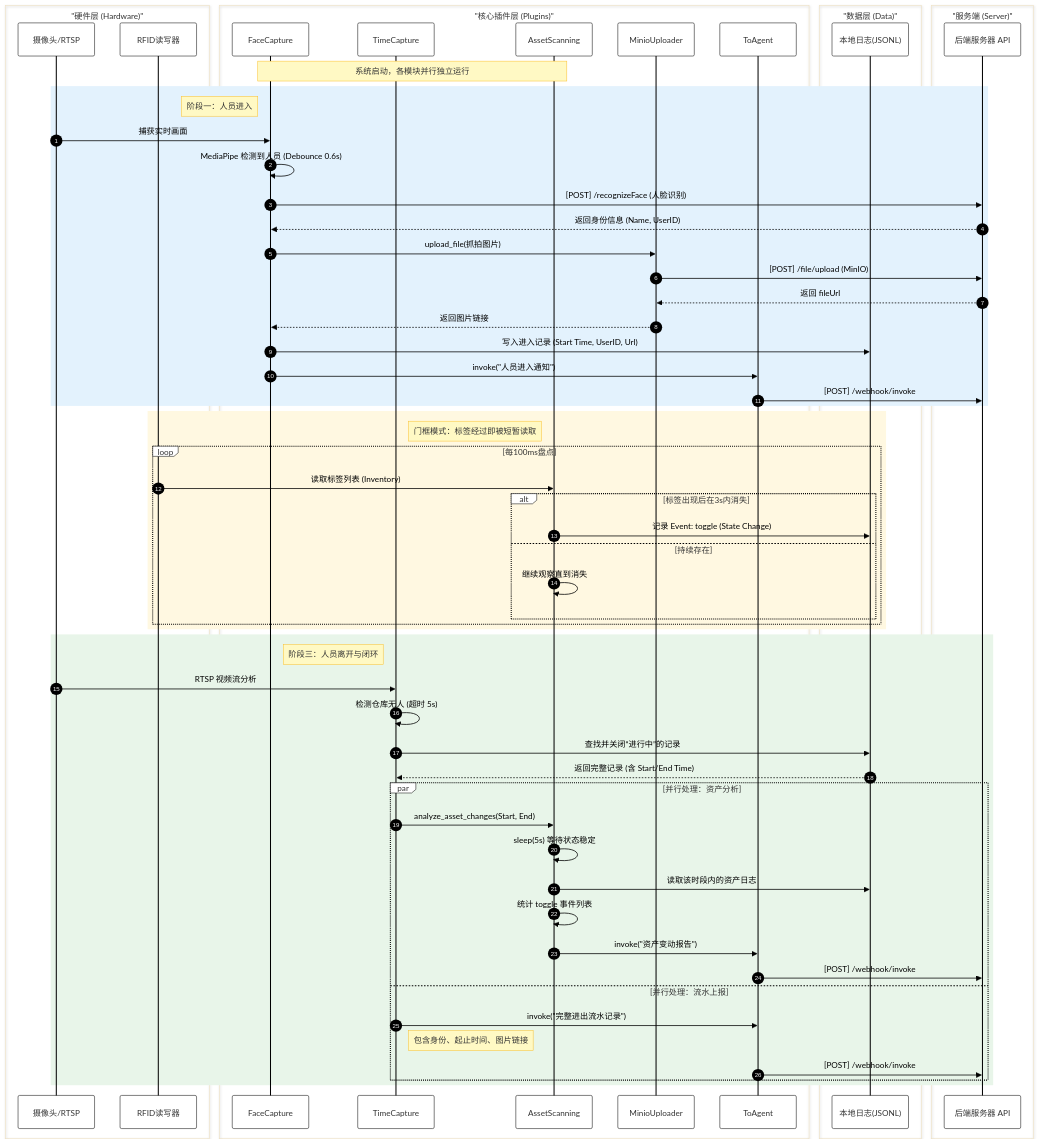
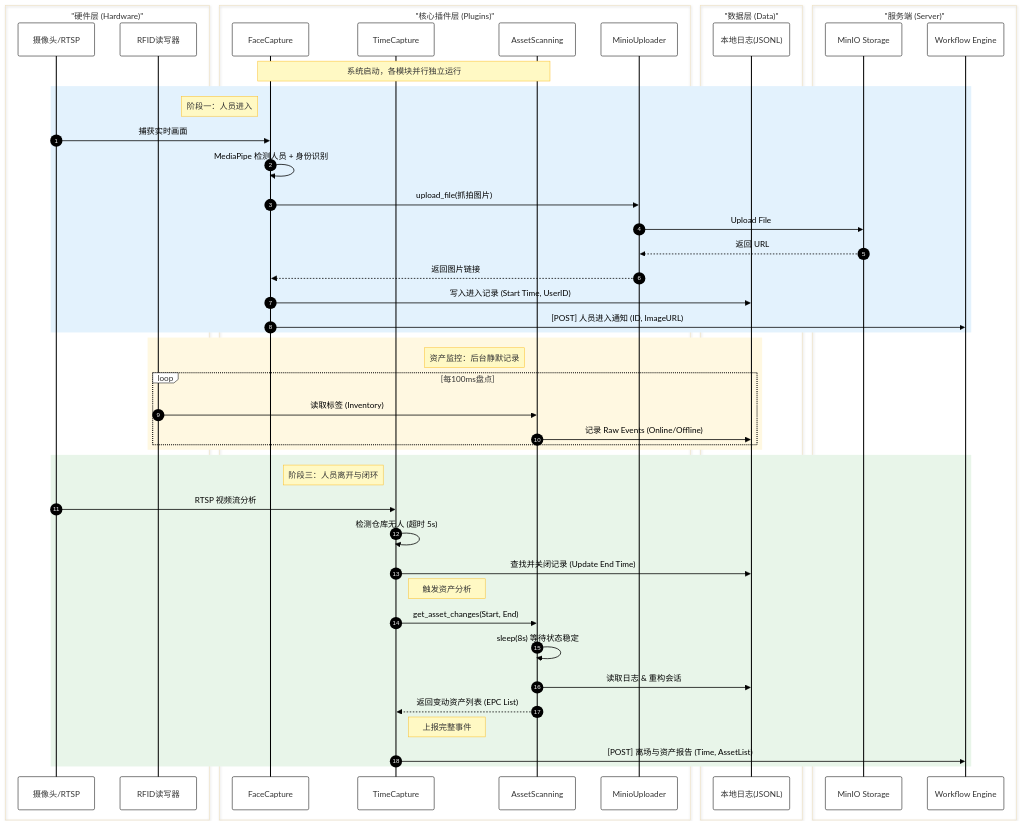
One commit to BorderArea01/warehouse changed the second of 2 diagrams in README.md. Above: the diagram before and after it, drawn with Mermaid. The commit also changed other lines of this file and 1 other file, not shown here.

Commit message:
docs: 更新系统架构图与序列图以反映实际实现
- 将树莓派 Pi 5 替换为通用小型PC
- 移除后端API网关与数据库组件，明确使用外部工作流引擎（AWIN平台）
- 更新序列图，移除冗余的Agent代理层，直接调用工作流引擎
- 简化资产监控逻辑描述，从“门框切换”模式改为后台静默记录
- 调整离场处理流程，直接上报资产变动列表至工作流引擎

````diff
--- a/README.md
+++ b/README.md
@@ -101,7 +99,6 @@
         participant Time as TimeCapture
         participant Asset as AssetScanning
         participant Up as MinioUploader
-        participant Agent as ToAgent
     end
 
     box "数据层 (Data)" #FFF3E0
@@ -109,7 +106,8 @@
     end
 
     box "服务端 (Server)" #E8F5E9
-        participant Server as 后端服务器 API
+        participant MinIO as MinIO Storage
+        participant WF as Workflow Engine
     end
 
     Note over Face, Asset: 系统启动，各模块并行独立运行
@@ -120,33 +118,25 @@
     rect rgb(227, 242, 253)
         Note left of Face: 阶段一：人员进入
         Cam->>Face: 捕获实时画面
-        Face->>Face: MediaPipe 检测到人员 (Debounce 0.6s)
+        Face->>Face: MediaPipe 检测人员 + 身份识别
         
-        Face->>Server: [POST] /recognizeFace (人脸识别)
-        Server-->>Face: 返回身份信息 (Name, UserID)
-
         Face->>Up: upload_file(抓拍图片)
-        Up->>Server: [POST] /file/upload (MinIO)
-        Server-->>Up: 返回 fileUrl
+        Up->>MinIO: Upload File
+        MinIO-->>Up: 返回 URL
         Up-->>Face: 返回图片链接
 
-        Face->>Local: 写入进入记录 (Start Time, UserID, Url)
-        Face->>Agent: invoke("人员进入通知")
-        Agent->>Server: [POST] /webhook/invoke
+        Face->>Local: 写入进入记录 (Start Time, UserID)
+        Face->>WF: [POST] 人员进入通知 (ID, ImageURL)
     end
 
     %% ============================================================
-    %% 阶段二：资产监控 (Doorframe Toggle)
+    %% 阶段二：资产监控 (Passive)
     %% ============================================================
     rect rgb(255, 248, 225)
-        Note left of Asset: 门框模式：标签经过即被短暂读取
+        Note left of Asset: 资产监控：后台静默记录
         loop 每100ms盘点
-            RFID->>Asset: 读取标签列表 (Inventory)
-            alt 标签出现后在3s内消失
-                Asset->>Local: 记录 Event: toggle (State Change)
-            else 持续存在
-                Asset->>Asset: 继续观察直到消失
-            end
+            RFID->>Asset: 读取标签 (Inventory)
+            Asset->>Local: 记录 Raw Events (Online/Offline)
         end
     end
 
@@ -158,20 +148,15 @@
         Cam->>Time: RTSP 视频流分析
         Time->>Time: 检测仓库无人 (超时 5s)
         
-        Time->>Local: 查找并关闭“进行中”的记录
-        Local-->>Time: 返回完整记录 (含 Start/End Time)
+        Time->>Local: 查找并关闭记录 (Update End Time)
+        
+        Note right of Time: 触发资产分析
+        Time->>Asset: get_asset_changes(Start, End)
+        Asset->>Asset: sleep(8s) 等待状态稳定
+        Asset->>Local: 读取日志 & 重构会话
+        Asset-->>Time: 返回变动资产列表 (EPC List)
 
-        par 并行处理：资产分析
-            Time->>Asset: analyze_asset_changes(Start, End)
-            Asset->>Asset: sleep(5s) 等待状态稳定
-            Asset->>Local: 读取该时段内的资产日志
-            Asset->>Asset: 统计 toggle 事件列表
-            Asset->>Agent: invoke("资产变动报告")
-            Agent->>Server: [POST] /webhook/invoke
-        and 并行处理：流水上报
-            Time->>Agent: invoke("完整进出流水记录")
-            Note right of Time: 包含身份、起止时间、图片链接
-            Agent->>Server: [POST] /webhook/invoke
-        end
+        Note right of Time: 上报完整事件
+        Time->>WF: [POST] 离场与资产报告 (Time, AssetList)
     end
 ```
````
